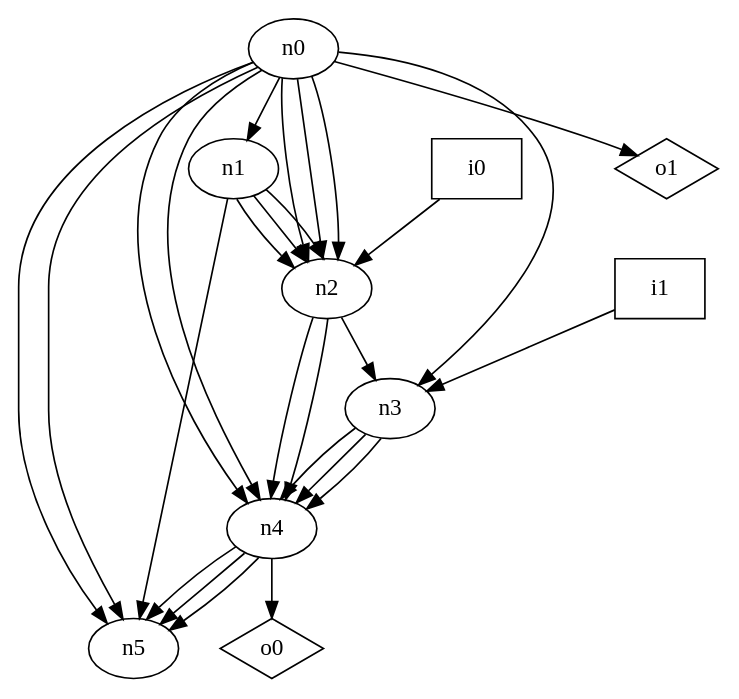
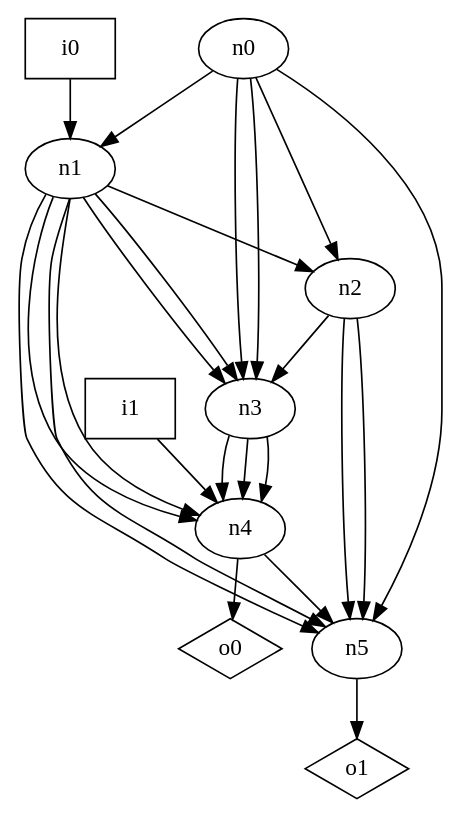
The diagram in dot_files/random/random_DAG_loop_free_graph.dot (p9romain/bool-circuits), drawn with Graphviz before and after one commit. The commit also changed 53 other files, not shown here.

```diff
--- a/dot_files/random/random_DAG_loop_free_graph.dot
+++ b/dot_files/random/random_DAG_loop_free_graph.dot
@@ -1,38 +1,35 @@
 digraph G {
 n0 [label="n0"];
 n1 [label="n1"];
 n2 [label="n2"];
 n3 [label="n3"];
 n4 [label="n4"];
 n5 [label="n5"];
 n6 [label="i0",shape="box"];
 n7 [label="i1",shape="box"];
 n8 [label="o0",shape="diamond"];
 n9 [label="o1",shape="diamond"];
 n0 -> n1
 n0 -> n2
-n0 -> n2
-n0 -> n2
 n0 -> n3
-n0 -> n4
-n0 -> n4
+n0 -> n3
 n0 -> n5
-n0 -> n5
-n0 -> n9
 n1 -> n2
-n1 -> n2
-n1 -> n2
+n1 -> n3
+n1 -> n3
+n1 -> n4
+n1 -> n4
+n1 -> n5
 n1 -> n5
 n2 -> n3
-n2 -> n4
-n2 -> n4
+n2 -> n5
+n2 -> n5
 n3 -> n4
 n3 -> n4
 n3 -> n4
 n4 -> n5
-n4 -> n5
-n4 -> n5
 n4 -> n8
-n6 -> n2
-n7 -> n3
+n5 -> n9
+n6 -> n1
+n7 -> n4
 }
```
